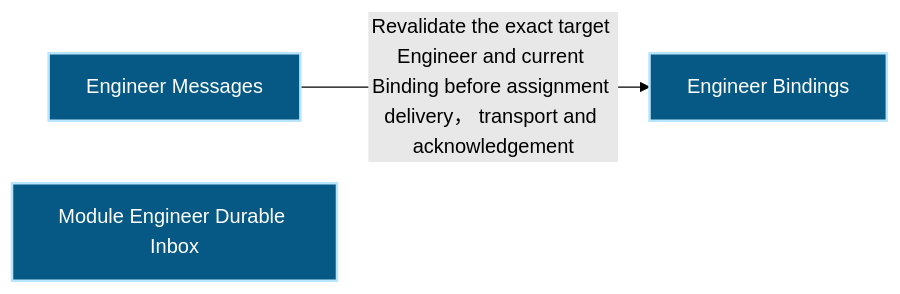
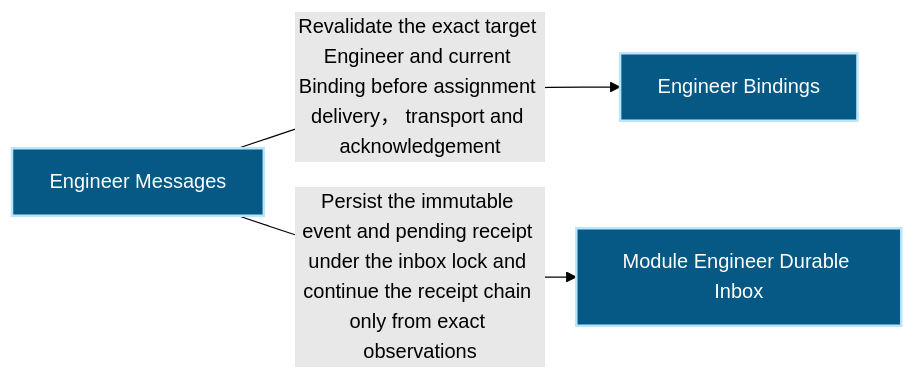
One commit to Ancienttwo/repo-harness changed the first of 2 diagrams in docs/architecture/modules/runtime-harness/engineer-messages.md. Above: the diagram before and after it, drawn with Mermaid (forest theme). The commit also changed other lines of this file and 20 other files, not shown here.

First line of the commit message:
docs(architecture): deepen engineer and collaboration model and P3

````diff
--- a/docs/architecture/modules/runtime-harness/engineer-messages.md
+++ b/docs/architecture/modules/runtime-harness/engineer-messages.md
@@ -16,11 +16,12 @@
 ```mermaid
 flowchart LR
   p1_capability_runtime_harness_engineer_bindings_34c00f72["Engineer Bindings"]:::component
   p1_capability_runtime_harness_engineer_messages_f10d1d17["Engineer Messages"]:::component
   p1_component_engineer_messages_primary_96d07b30["Module Engineer Durable Inbox"]:::component
   p1_capability_runtime_harness_engineer_messages_f10d1d17 -->|"Revalidate the exact target Engineer and current Binding before assignment delivery， transport and acknowledgement"| p1_capability_runtime_harness_engineer_bindings_34c00f72
+  p1_capability_runtime_harness_engineer_messages_f10d1d17 -->|"Persist the immutable event and pending receipt under the inbox lock and continue the receipt chain only from exact observations"| p1_component_engineer_messages_primary_96d07b30
   classDef actor fill:#111827,color:#ffffff,stroke:#f9fafb,stroke-width:2px
   classDef component fill:#075985,color:#ffffff,stroke:#bae6fd,stroke-width:2px
   classDef datastore fill:#3f6212,color:#ffffff,stroke:#d9f99d,stroke-width:2px
   classDef external fill:#7c2d12,color:#ffffff,stroke:#fed7aa,stroke-width:2px
 ```
````
